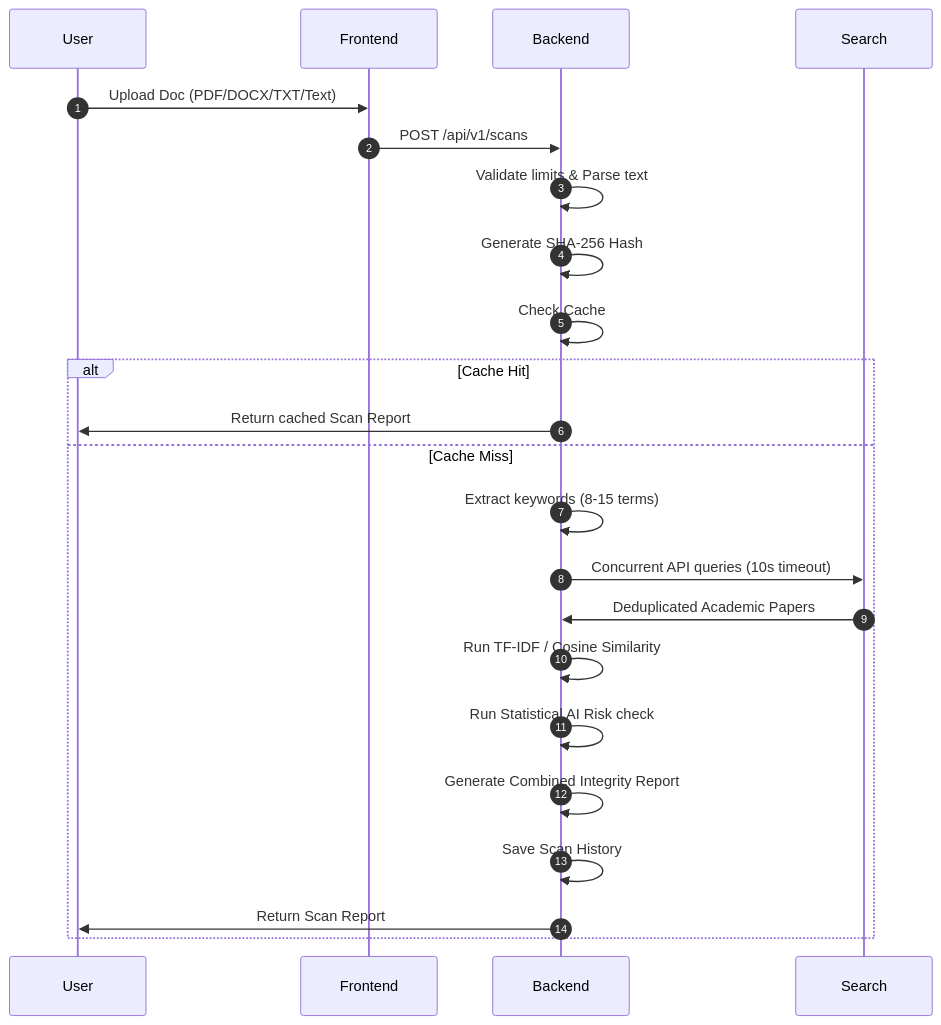
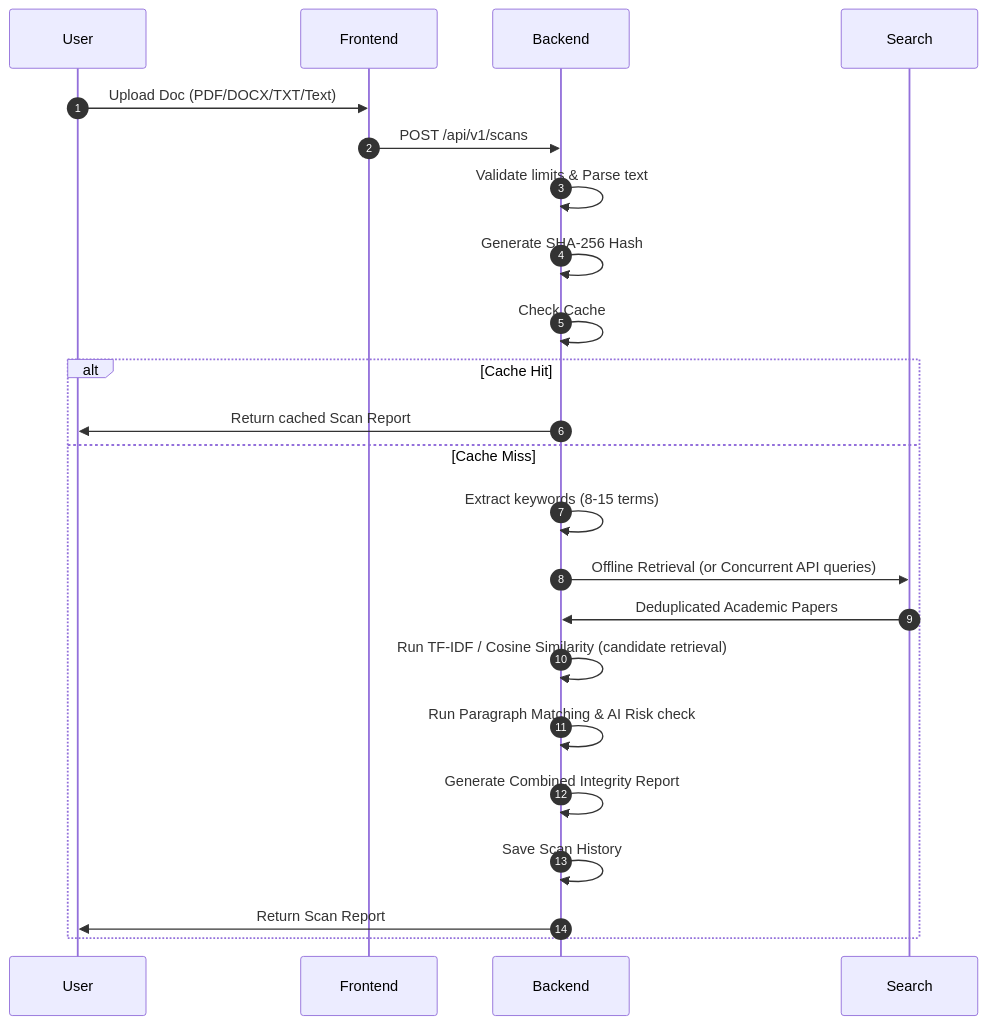
One commit to lynxthecoder10/RESEARCH-PAPER-HUMANIZER changed the second of 2 diagrams in academic_suite_py/docs/paggy/PRESENTATION_MASTER.md. Above: the diagram before and after it, drawn with Mermaid. The commit also changed other lines of this file and 36 other files, not shown here.

Commit message:
feat(search): implement PAGGY offline scholarly retrieval

````diff
--- a/academic_suite_py/docs/paggy/PRESENTATION_MASTER.md
+++ b/academic_suite_py/docs/paggy/PRESENTATION_MASTER.md
@@ -69,21 +69,21 @@
 ```mermaid
 sequenceDiagram
     autonumber
     User->>Frontend: Upload Doc (PDF/DOCX/TXT/Text)
     Frontend->>Backend: POST /api/v1/scans
     Backend->>Backend: Validate limits & Parse text
     Backend->>Backend: Generate SHA-256 Hash
     Backend->>Backend: Check Cache
     alt Cache Hit
         Backend->>User: Return cached Scan Report
     else Cache Miss
         Backend->>Backend: Extract keywords (8-15 terms)
-        Backend->>Search: Concurrent API queries (10s timeout)
+        Backend->>Search: Offline Retrieval (or Concurrent API queries)
         Search->>Backend: Deduplicated Academic Papers
-        Backend->>Backend: Run TF-IDF / Cosine Similarity
-        Backend->>Backend: Run Statistical AI Risk check
+        Backend->>Backend: Run TF-IDF / Cosine Similarity (candidate retrieval)
+        Backend->>Backend: Run Paragraph Matching & AI Risk check
         Backend->>Backend: Generate Combined Integrity Report
         Backend->>Backend: Save Scan History
         Backend->>User: Return Scan Report
     end
 ```
````
